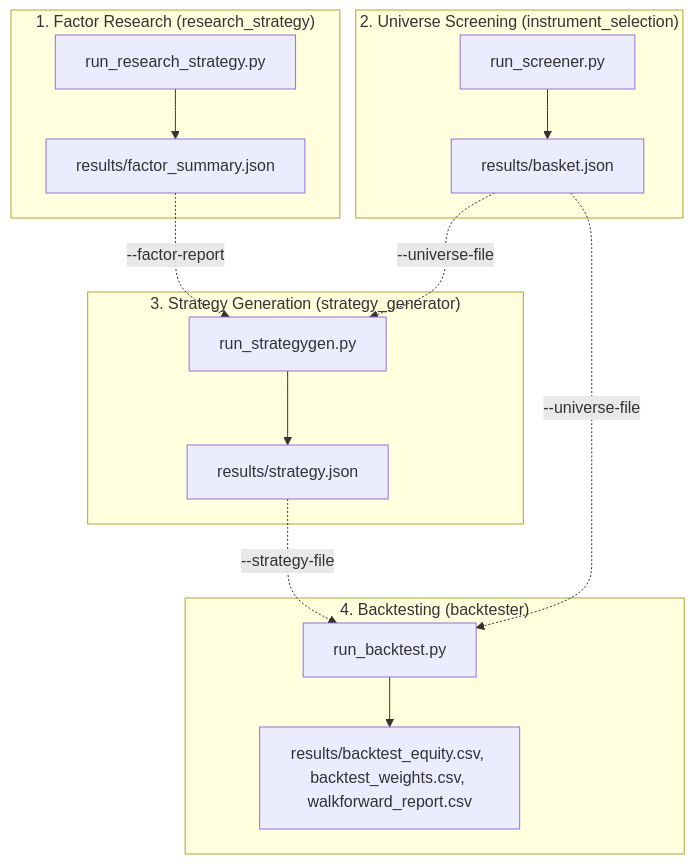
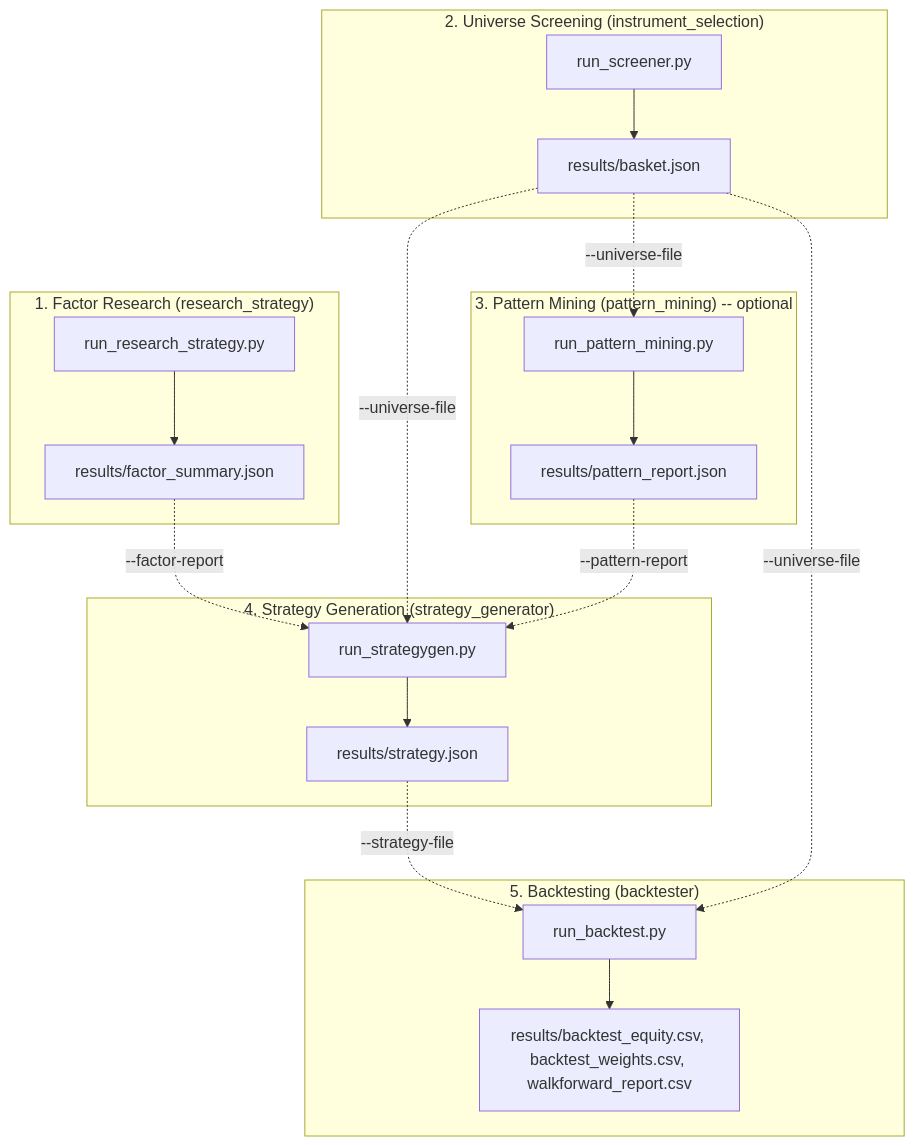
One commit to stonewell/quant_research changed the diagram in README.md. Above: the diagram before and after it, drawn with Mermaid. The commit also changed other lines of this file and 23 other files, not shown here.

Commit message:
pattern mining merge with current strategy gen instead of separated pipeline

````diff
--- a/README.md
+++ b/README.md
@@ -24,30 +25,38 @@
 ```mermaid
 flowchart TD
     subgraph RS ["1. Factor Research (research_strategy)"]
         RS_run["run_research_strategy.py"]
         RS_out["results/factor_summary.json"]
         RS_run --> RS_out
     end
 
     subgraph IS ["2. Universe Screening (instrument_selection)"]
         IS_run["run_screener.py"]
         IS_out["results/basket.json"]
         IS_run --> IS_out
     end
 
-    subgraph SG ["3. Strategy Generation (strategy_generator)"]
+    subgraph PM ["3. Pattern Mining (pattern_mining) -- optional"]
+        PM_run["run_pattern_mining.py"]
+        PM_out["results/pattern_report.json"]
+        IS_out -. "--universe-file" .-> PM_run
+        PM_run --> PM_out
+    end
+
+    subgraph SG ["4. Strategy Generation (strategy_generator)"]
         SG_run["run_strategygen.py"]
         SG_out["results/strategy.json"]
         RS_out -. "--factor-report" .-> SG_run
         IS_out -. "--universe-file" .-> SG_run
+        PM_out -. "--pattern-report" .-> SG_run
         SG_run --> SG_out
     end
 
-    subgraph BT ["4. Backtesting (backtester)"]
+    subgraph BT ["5. Backtesting (backtester)"]
         BT_run["run_backtest.py"]
         BT_out["results/backtest_equity.csv, backtest_weights.csv, walkforward_report.csv"]
         SG_out -. "--strategy-file" .-> BT_run
         IS_out -. "--universe-file" .-> BT_run
         BT_run --> BT_out
     end
 ```
````
